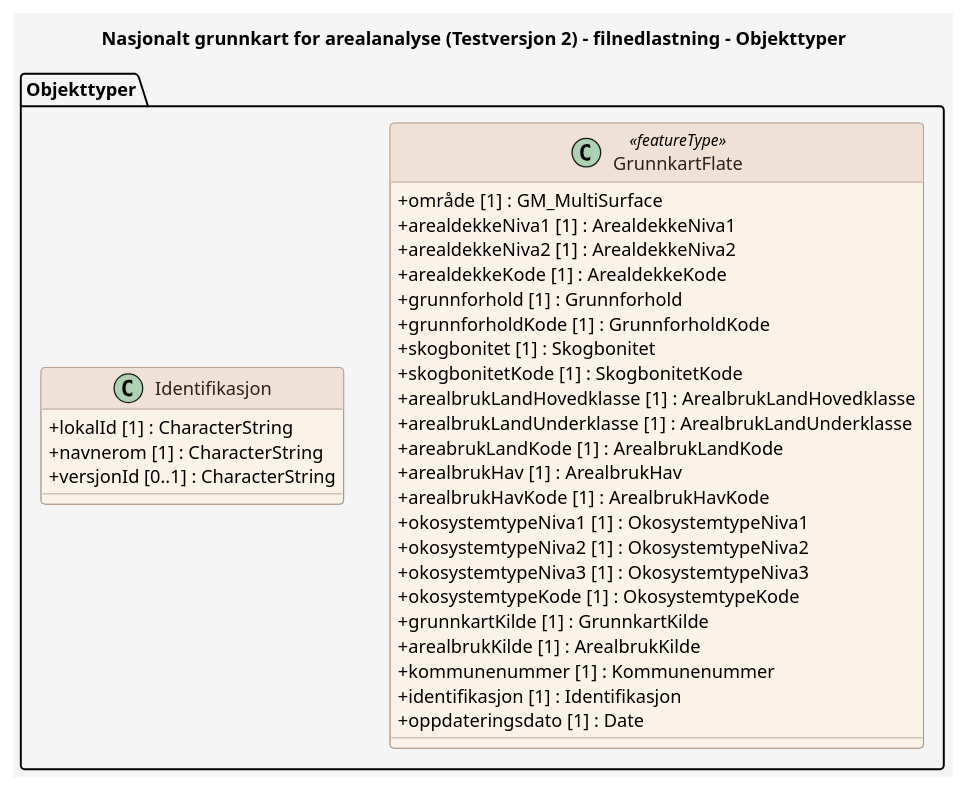
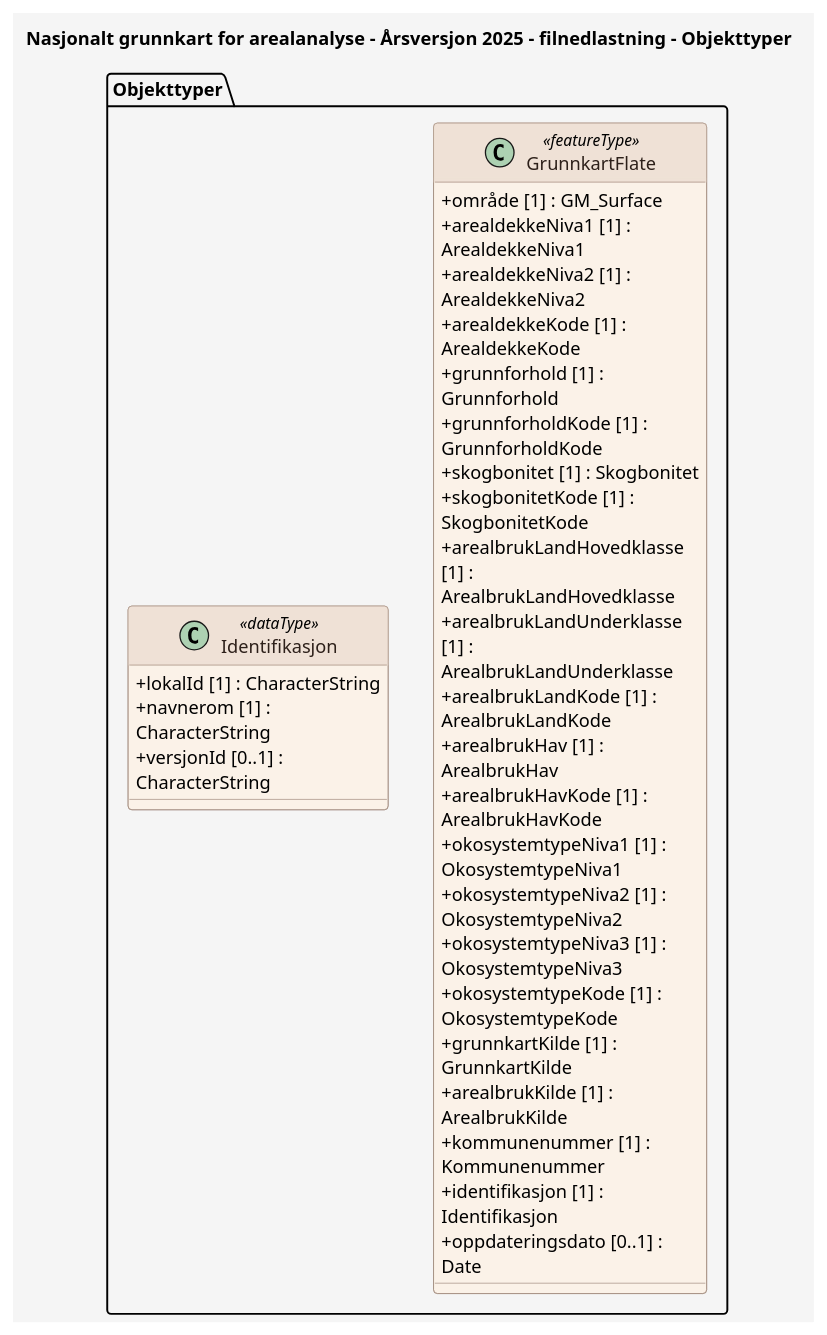
The diagram in produktspesifikasjon/arealanalyse/filnedlastning/filnedlastning_feature_catalogue.puml (adinamor/produktspesifikasjon_Arealanalyse), drawn with PlantUML before and after one commit. The commit also changed 7 other files, not shown here.

```diff
--- a/produktspesifikasjon/arealanalyse/filnedlastning/filnedlastning_feature_catalogue.puml
+++ b/produktspesifikasjon/arealanalyse/filnedlastning/filnedlastning_feature_catalogue.puml
@@ -1,59 +1,65 @@
 @startuml
-title Nasjonalt grunnkart for arealanalyse (Testversjon 2) - filnedlastning - Objekttyper
+' For wide diagrams, render with: plantuml -DPLANTUML_LIMIT_SIZE=16384 ...
+' The 'scale max' directive below caps the rendered output to prevent the
+' default PlantUML 4096px size limit from cropping the diagram.
+scale max 4000*4000
+
+title Nasjonalt grunnkart for arealanalyse - Årsversjon 2025 - filnedlastning - Objekttyper
 
 skinparam backgroundColor #F5F5F5
 skinparam shadowing false
 skinparam RoundCorner 6
 skinparam ArrowColor #6C8198
+skinparam wrapWidth 200
 skinparam class {
   BackgroundColor #FBF2E8
   BorderColor #9C8578
   FontColor #2D201A
   HeaderBackgroundColor #EFE1D6
   HeaderFontColor #2D201A
   AttributeIconSize 0
 }
 skinparam note {
   BackgroundColor #FFFFFF
   BorderColor #6C8198
   FontColor #2D201A
 }
 skinparam stereotypeCBackgroundColor #EAD9CE
 skinparam stereotypeCBorderColor #9C8578
 skinparam stereotypeCFontColor #2D201A
 
 package "Objekttyper" {
 
   class GrunnkartFlate <<featureType>> {
-    + område [1] : GM_MultiSurface
+    + område [1] : GM_Surface
     + arealdekkeNiva1 [1] : ArealdekkeNiva1
     + arealdekkeNiva2 [1] : ArealdekkeNiva2
     + arealdekkeKode [1] : ArealdekkeKode
     + grunnforhold [1] : Grunnforhold
     + grunnforholdKode [1] : GrunnforholdKode
     + skogbonitet [1] : Skogbonitet
     + skogbonitetKode [1] : SkogbonitetKode
     + arealbrukLandHovedklasse [1] : ArealbrukLandHovedklasse
     + arealbrukLandUnderklasse [1] : ArealbrukLandUnderklasse
-    + areabrukLandKode [1] : ArealbrukLandKode
+    + arealbrukLandKode [1] : ArealbrukLandKode
     + arealbrukHav [1] : ArealbrukHav
     + arealbrukHavKode [1] : ArealbrukHavKode
     + okosystemtypeNiva1 [1] : OkosystemtypeNiva1
     + okosystemtypeNiva2 [1] : OkosystemtypeNiva2
     + okosystemtypeNiva3 [1] : OkosystemtypeNiva3
     + okosystemtypeKode [1] : OkosystemtypeKode
     + grunnkartKilde [1] : GrunnkartKilde
     + arealbrukKilde [1] : ArealbrukKilde
     + kommunenummer [1] : Kommunenummer
     + identifikasjon [1] : Identifikasjon
-    + oppdateringsdato [1] : Date
+    + oppdateringsdato [0..1] : Date
   }
 
-  class Identifikasjon {
+  class Identifikasjon <<dataType>> {
     + lokalId [1] : CharacterString
     + navnerom [1] : CharacterString
     + versjonId [0..1] : CharacterString
   }
 }
 
 @enduml
```
